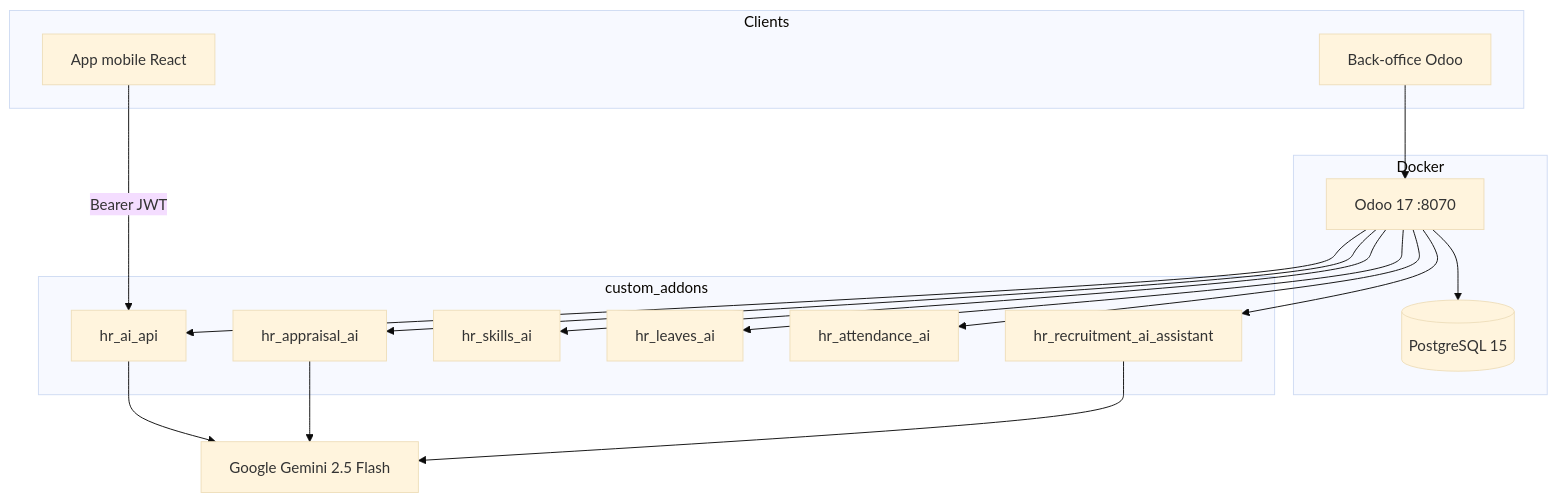
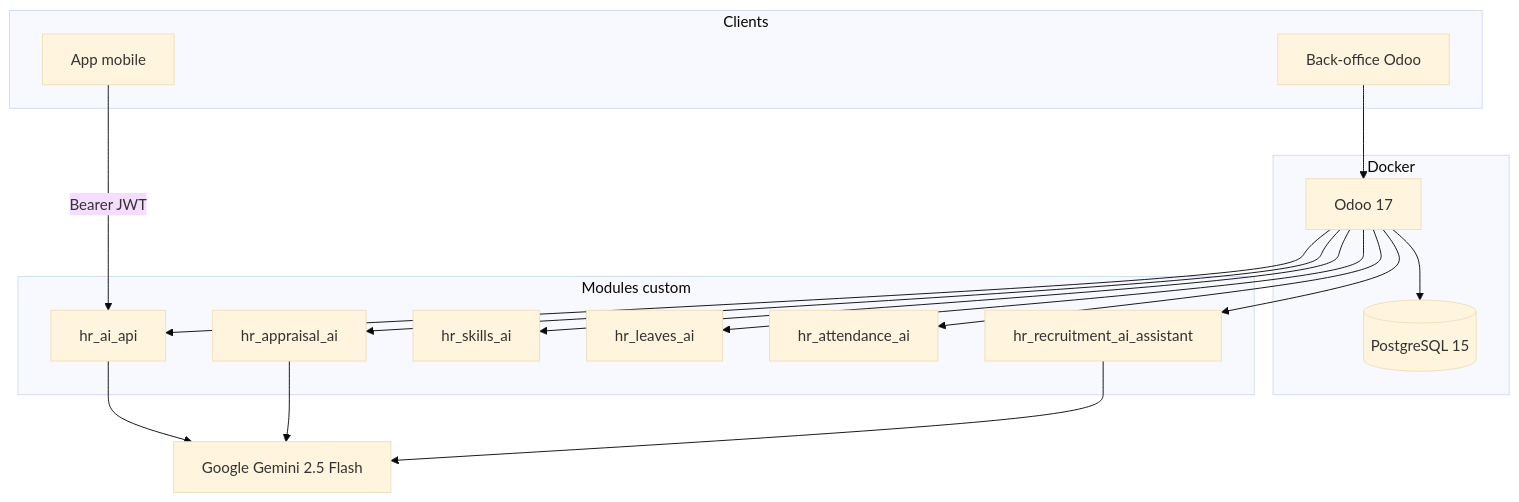
The diagram in README.md (Zouguari/Rh_automatise-odoo), drawn with Mermaid (base theme) before and after one commit. The commit also changed other lines of this file, not shown here.

````diff
--- a/README.md
+++ b/README.md
@@ -92,36 +47,36 @@
 ```mermaid
 flowchart TB
   subgraph clients [Clients]
     UI[Back-office Odoo]
-    MOB[App mobile React]
+    MOB[App mobile]
   end
 
   subgraph docker [Docker]
-    WEB[Odoo 17 :8070]
+    WEB[Odoo 17]
     DB[(PostgreSQL 15)]
   end
 
-  subgraph addons [custom_addons]
+  subgraph addons [Modules custom]
     API[hr_ai_api]
     REC[hr_recruitment_ai_assistant]
     SK[hr_skills_ai]
     LV[hr_leaves_ai]
     AT[hr_attendance_ai]
     AP[hr_appraisal_ai]
   end
 
   GEM[Google Gemini 2.5 Flash]
 
   UI --> WEB
   MOB -->|Bearer JWT| API
   WEB --> API
   WEB --> REC
   WEB --> SK
   WEB --> LV
   WEB --> AT
   WEB --> AP
   WEB --> DB
   REC --> GEM
   AP --> GEM
   API --> GEM
 ```
````
